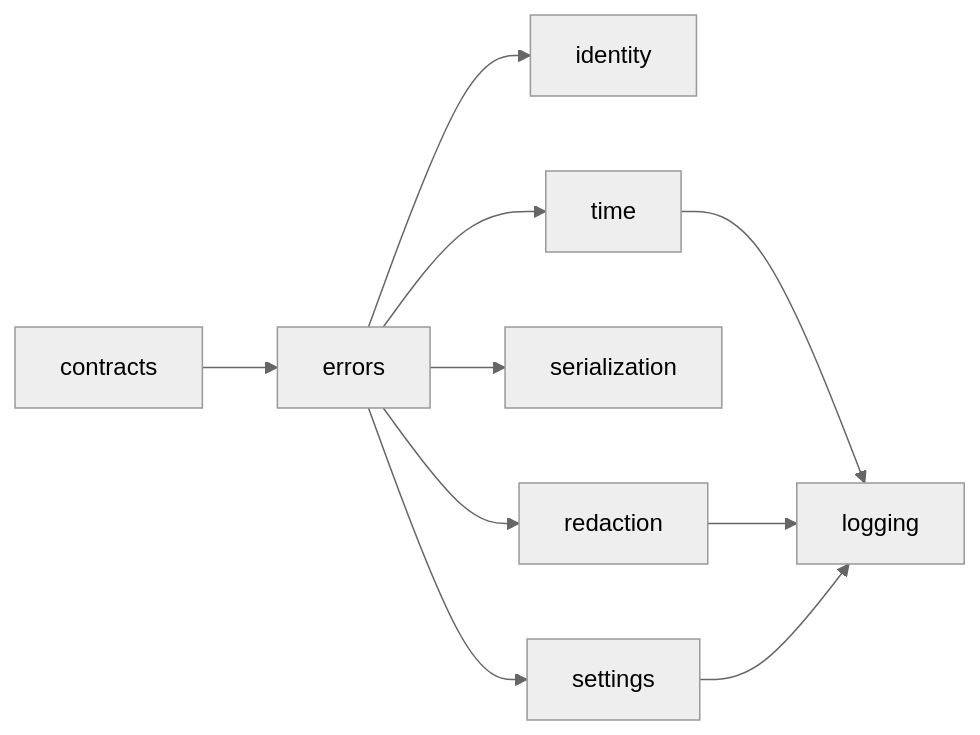
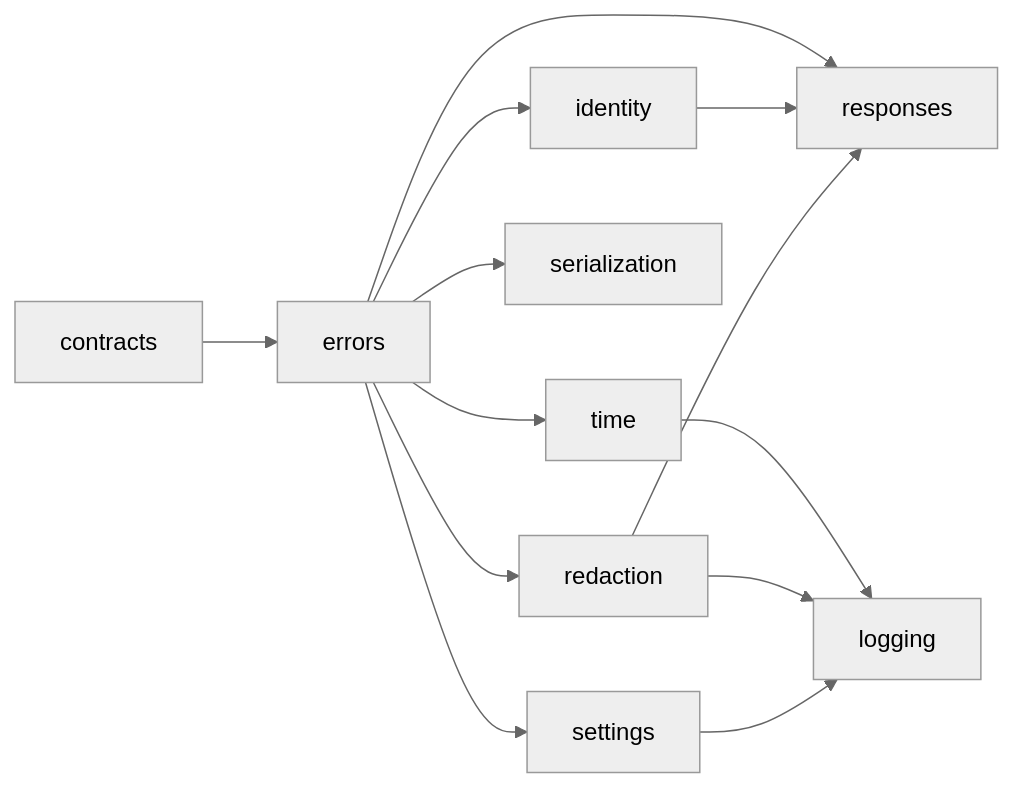
The diagram in app/utils/README.md (haruperi/HaruQuantAI), drawn with Mermaid (neutral theme) before and after one commit. The commit also changed other lines of this file and 149 other files, not shown here.

````diff
--- a/app/utils/README.md
+++ b/app/utils/README.md
@@ -164,12 +184,15 @@
 ```mermaid
 flowchart LR
     C[contracts] --> E[errors]
     E --> I[identity]
     E --> T[time]
     E --> S[serialization]
     E --> R[redaction]
     E --> SET[settings]
     T --> L[logging]
     R --> L
     SET --> L
+    E --> RESP[responses]
+    I --> RESP
+    R --> RESP
 ```
````
